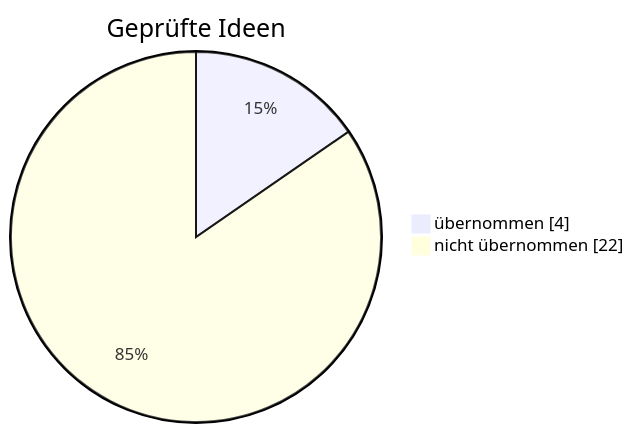
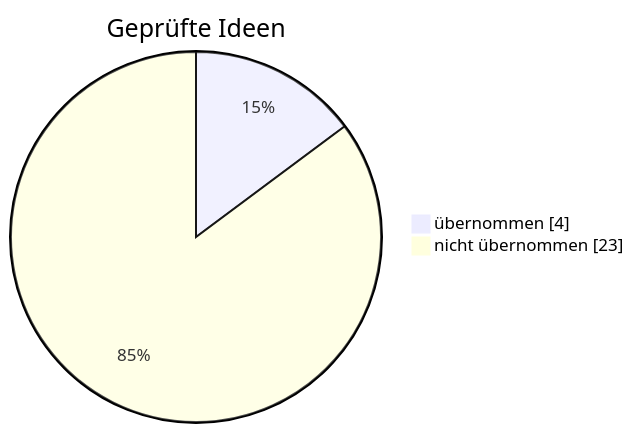
One commit to sickingmalte-arch/Test-Bot changed the diagram in gehirn/Notizen/Was der Bot schon weiß.md. Above: the diagram before and after it, drawn with Mermaid. The commit also changed other lines of this file and 2 other files, not shown here.

First line of the commit message:
Gehirn: Test „Muster-Gedächtnis“ (ähnliche Charts aus der Vergangenheit) festgehalten

````diff
--- a/gehirn/Notizen/Was der Bot schon weiß.md
+++ b/gehirn/Notizen/Was der Bot schon weiß.md
@@ -19,6 +19,6 @@
 ```mermaid
 pie showData
     title Geprüfte Ideen
     "übernommen" : 4
-    "nicht übernommen" : 22
+    "nicht übernommen" : 23
 ```
````
